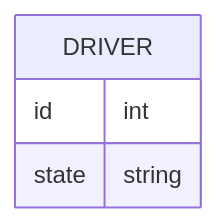
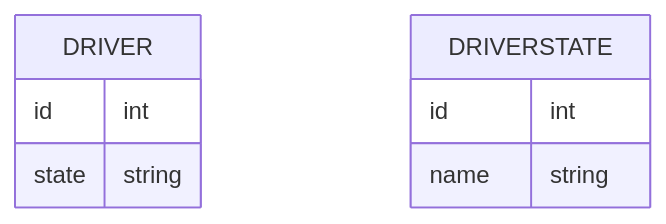
One commit to Greate-Seagull/UIT-Go changed the diagram in DriverService/docs/erd.md. Above: the diagram before and after it, drawn with Mermaid. The commit also changed 15 other files, not shown here.

````diff
--- a/DriverService/docs/erd.md
+++ b/DriverService/docs/erd.md
@@ -1,7 +1,12 @@
 ```mermaid
 erDiagram
     DRIVER {
         id int
         state string
     }
+
+    DRIVERSTATE{
+        id int
+        name string
+    }
 ```
````
